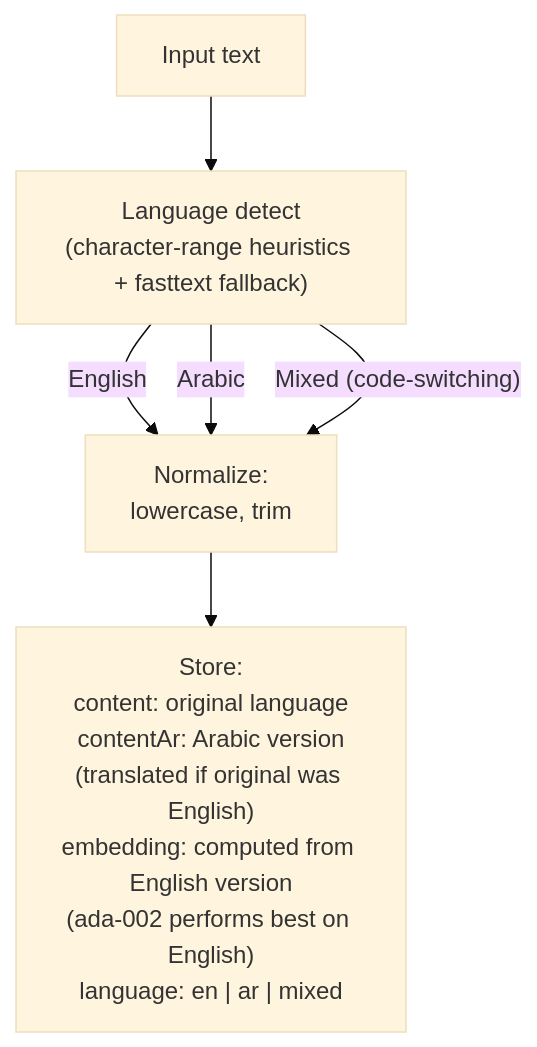
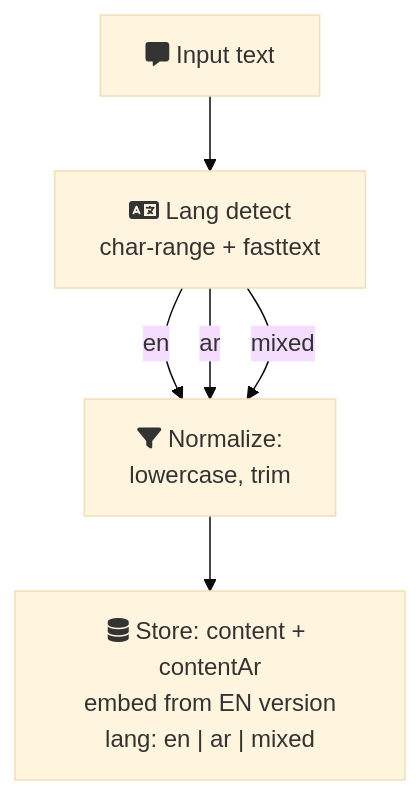
Before and after one commit to alilibx/ecqo: the fourth of 7 diagrams in docs/flows/memory-pipeline.md, drawn with Mermaid (base theme). The commit also changed other lines of this file and 23 other files, not shown here.

````diff
--- a/docs/flows/memory-pipeline.md
+++ b/docs/flows/memory-pipeline.md
@@ -145,10 +155,10 @@
 ```mermaid
 flowchart TD
-    A["Input text"] --> B["Language detect<br/>(character-range heuristics + fasttext fallback)"]
+    A["fa:fa-message Input text"] --> B["fa:fa-language Lang detect<br/>char-range + fasttext"]
 
-    B -- English --> N["Normalize:<br/>lowercase, trim"]
-    B -- Arabic --> N
-    B -- "Mixed (code-switching)" --> N
+    B -- "en" --> N["fa:fa-filter Normalize:<br/>lowercase, trim"]
+    B -- "ar" --> N
+    B -- "mixed" --> N
 
-    N --> S["Store:<br/>content: original language<br/>contentAr: Arabic version<br/>(translated if original was English)<br/>embedding: computed from English version<br/>(ada-002 performs best on English)<br/>language: en | ar | mixed"]
+    N --> S["fa:fa-database Store: content + contentAr<br/>embed from EN version<br/>lang: en | ar | mixed"]
 ```
````
